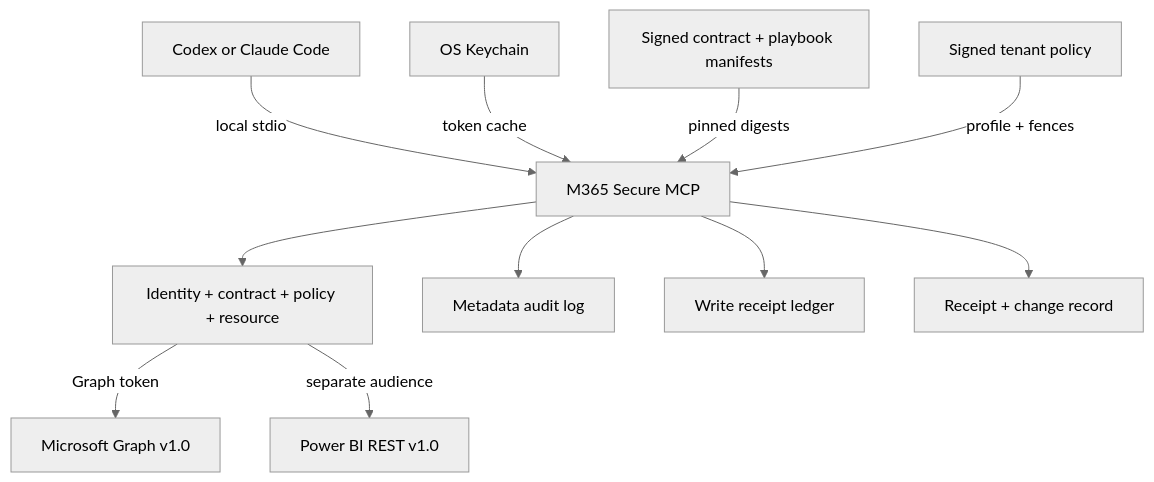
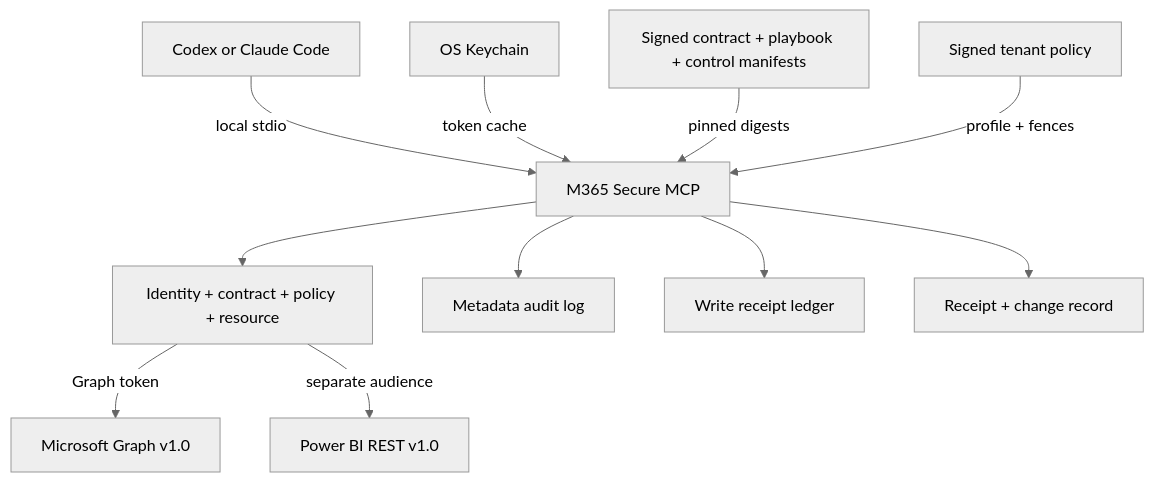
Before and after one commit to bugroo/m365-secure-mcp: the diagram in README.md, drawn with Mermaid (neutral theme). The commit also changed other lines of this file and 26 other files, not shown here.

Commit message:
feat: add signed posture control manifest foundation

````diff
--- a/README.md
+++ b/README.md
@@ -41,13 +42,13 @@
 ```mermaid
 flowchart TB
     A["Codex or Claude Code"] -->|"local stdio"| B["M365 Secure MCP"]
     H["OS Keychain"] -->|"token cache"| B
-    M["Signed contract + playbook manifests"] -->|"pinned digests"| B
+    M["Signed contract + playbook + control manifests"] -->|"pinned digests"| B
     Y["Signed tenant policy"] -->|"profile + fences"| B
     B --> C["Identity + contract + policy + resource"]
     C -->|"Graph token"| G["Microsoft Graph v1.0"]
     C -->|"separate audience"| P["Power BI REST v1.0"]
     B --> I["Metadata audit log"]
     B --> J["Write receipt ledger"]
     B --> K["Receipt + change record"]
 ```
````
